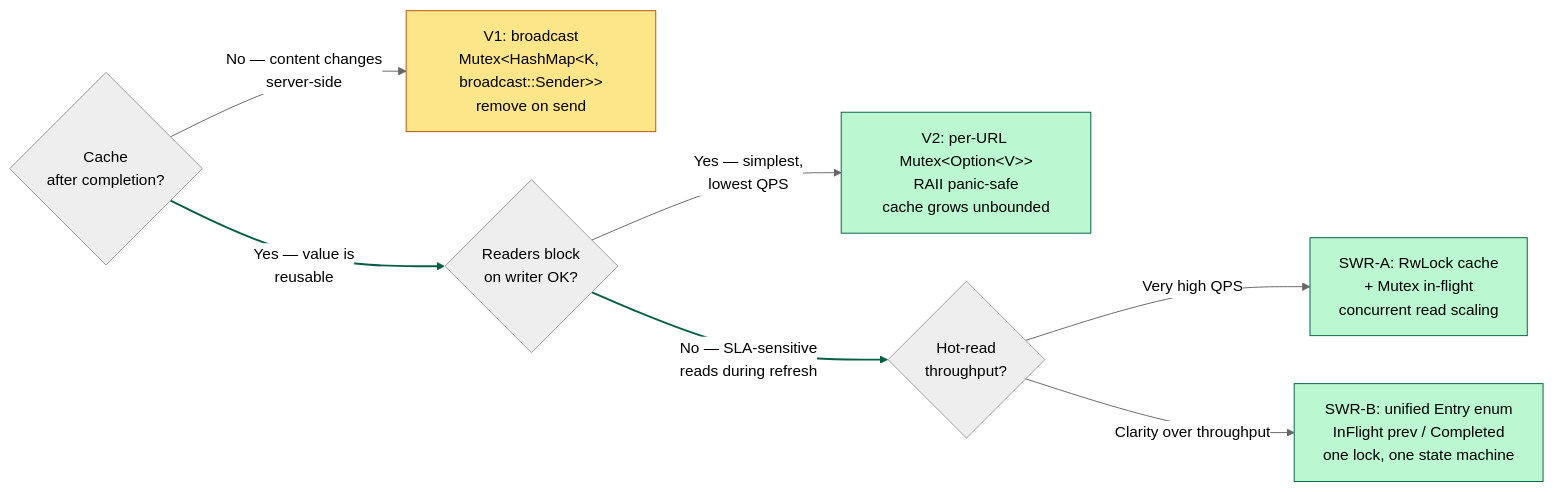
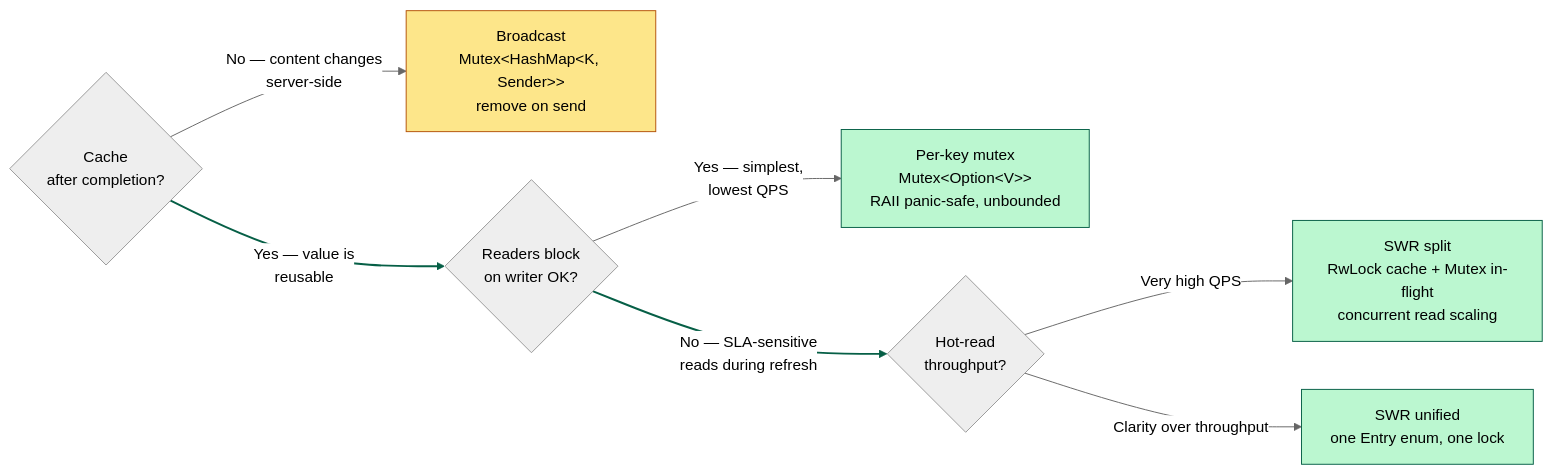
One commit to SamuelXing/samuelxing.github.io changed the diagram in _posts/2026-07-24-single-flight-design-space.md. Above: the diagram before and after it, drawn with Mermaid (neutral theme). The commit also changed other lines of this file, not shown here.

Commit message:
single flight revised

````diff
--- a/_posts/2026-07-24-single-flight-design-space.md
+++ b/_posts/2026-07-24-single-flight-design-space.md
@@ -230,16 +226,16 @@
 ```mermaid
 flowchart LR
     Q{Cache<br/>after completion?}
-    Q -->|No — content changes<br/>server-side| V1["V1: broadcast<br/>Mutex&lt;HashMap&lt;K, broadcast::Sender&gt;&gt;<br/>remove on send"]
+    Q -->|No — content changes<br/>server-side| B["Broadcast<br/>Mutex&lt;HashMap&lt;K, Sender&gt;&gt;<br/>remove on send"]
     Q -->|Yes — value is<br/>reusable| Q2{Readers block<br/>on writer OK?}
-    Q2 -->|Yes — simplest,<br/>lowest QPS| V2["V2: per-URL Mutex&lt;Option&lt;V&gt;&gt;<br/>RAII panic-safe<br/>cache grows unbounded"]
+    Q2 -->|Yes — simplest,<br/>lowest QPS| M["Per-key mutex<br/>Mutex&lt;Option&lt;V&gt;&gt;<br/>RAII panic-safe, unbounded"]
     Q2 -->|No — SLA-sensitive<br/>reads during refresh| Q3{Hot-read<br/>throughput?}
-    Q3 -->|Very high QPS| SWRA["SWR-A: RwLock cache<br/>+ Mutex in-flight<br/>concurrent read scaling"]
-    Q3 -->|Clarity over throughput| SWRB["SWR-B: unified Entry enum<br/>InFlight prev / Completed<br/>one lock, one state machine"]
-    style V1 fill:#fde68a,stroke:#b45309
-    style V2 fill:#bbf7d0,stroke:#065f46
-    style SWRA fill:#bbf7d0,stroke:#065f46
-    style SWRB fill:#bbf7d0,stroke:#065f46
+    Q3 -->|Very high QPS| SA["SWR split<br/>RwLock cache + Mutex in-flight<br/>concurrent read scaling"]
+    Q3 -->|Clarity over throughput| SB["SWR unified<br/>one Entry enum, one lock"]
+    style B fill:#fde68a,stroke:#b45309
+    style M fill:#bbf7d0,stroke:#065f46
+    style SA fill:#bbf7d0,stroke:#065f46
+    style SB fill:#bbf7d0,stroke:#065f46
     linkStyle 1 stroke:#065f46,stroke-width:2px
     linkStyle 3 stroke:#065f46,stroke-width:2px
 ```
````
